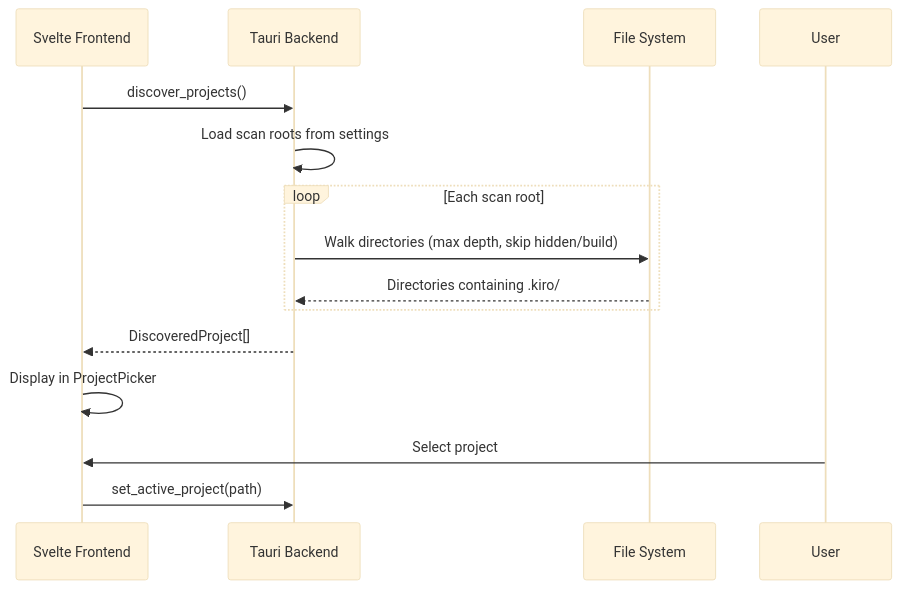
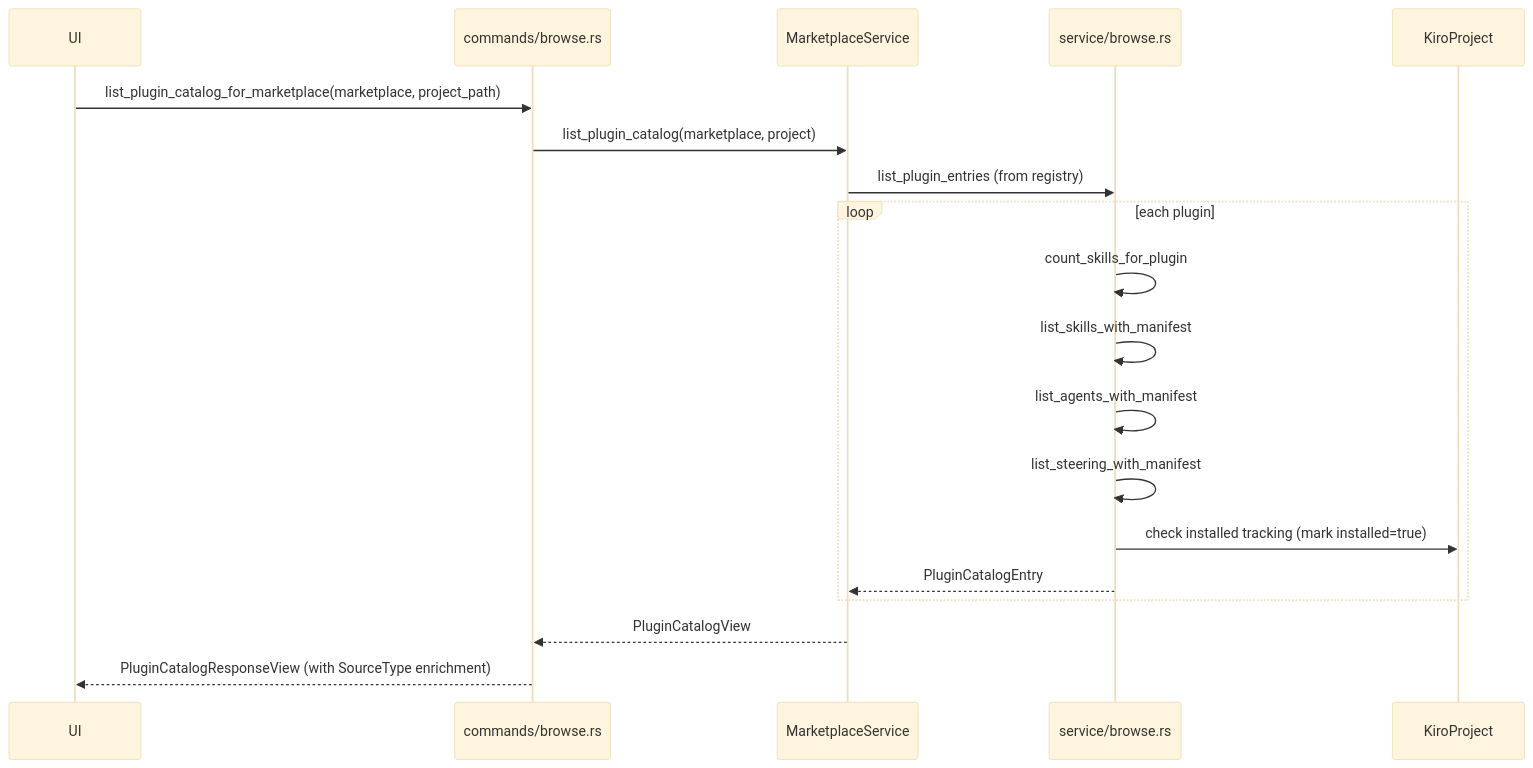
Before and after one commit to dwalleck/kiro-control-center: the sixth of 8 diagrams in .agents/summary/workflows.md, drawn with Mermaid (base theme). The commit also changed other lines of this file and 10 other files, not shown here.

````diff
--- a/.agents/summary/workflows.md
+++ b/.agents/summary/workflows.md
@@ -180,17 +164,22 @@
 ```mermaid
 sequenceDiagram
-    participant UI as Svelte Frontend
-    participant Tauri as Tauri Backend
-    participant FS as File System
+    participant UI
+    participant Cmd as commands/browse.rs
+    participant Service as MarketplaceService
+    participant Browse as service/browse.rs
+    participant Project as KiroProject
 
-    UI->>Tauri: discover_projects()
-    Tauri->>Tauri: Load scan roots from settings
-    loop Each scan root
-        Tauri->>FS: Walk directories (max depth, skip hidden/build)
-        FS-->>Tauri: Directories containing .kiro/
+    UI->>Cmd: list_plugin_catalog_for_marketplace(marketplace, project_path)
+    Cmd->>Service: list_plugin_catalog(marketplace, project)
+    Service->>Browse: list_plugin_entries (from registry)
+    loop each plugin
+        Browse->>Browse: count_skills_for_plugin
+        Browse->>Browse: list_skills_with_manifest
+        Browse->>Browse: list_agents_with_manifest
+        Browse->>Browse: list_steering_with_manifest
+        Browse->>Project: check installed tracking (mark installed=true)
+        Browse-->>Service: PluginCatalogEntry
     end
-    Tauri-->>UI: DiscoveredProject[]
-    UI->>UI: Display in ProjectPicker
-    User->>UI: Select project
-    UI->>Tauri: set_active_project(path)
+    Service-->>Cmd: PluginCatalogView
+    Cmd-->>UI: PluginCatalogResponseView (with SourceType enrichment)
 ```
````
